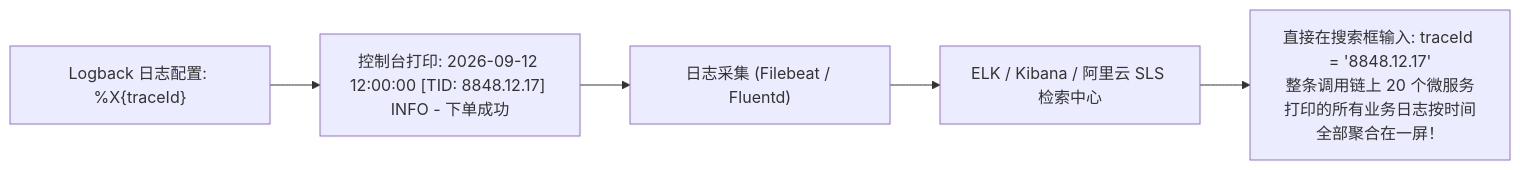
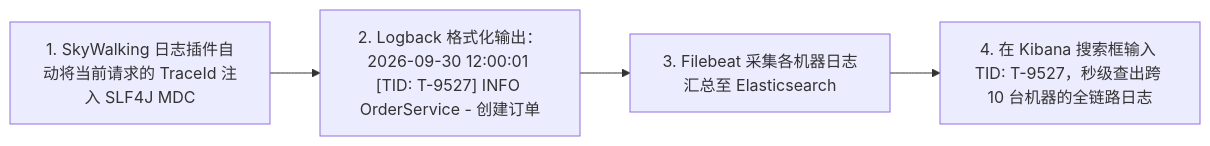
One commit to GuoWWWX/knowledge-base changed the fourth of 4 diagrams in 20-Java后端/07-分布式与微服务/08-链路追踪.md. Above: the diagram before and after it, drawn with Mermaid. The commit also changed other lines of this file and 251 other files, not shown here.

````diff
--- a/20-Java后端/07-分布式与微服务/08-链路追踪.md
+++ b/20-Java后端/07-分布式与微服务/08-链路追踪.md
@@ -130,7 +197,7 @@
 ```mermaid
 flowchart LR
-    L1["Logback 日志配置: %X{traceId}"] --> L2["控制台打印: 2026-09-12 12:00:00 [TID: 8848.12.17] INFO - 下单成功"]
-    L2 --> L3["日志采集 (Filebeat / Fluentd)"]
-    L3 --> L4["ELK / Kibana / 阿里云 SLS 检索中心"]
-    L4 --> Search["直接在搜索框输入: traceId = '8848.12.17'\n整条调用链上 20 个微服务打印的所有业务日志按时间全部聚合在一屏！"]
+    Step1["1. SkyWalking 日志插件自动将当前请求的 TraceId 注入 SLF4J MDC"] --> Step2
+    Step2["2. Logback 格式化输出：2026-09-30 12:00:01 [TID: T-9527] INFO OrderService - 创建订单"] --> Step3
+    Step3["3. Filebeat 采集各机器日志汇总至 Elasticsearch"] --> Step4
+    Step4["4. 在 Kibana 搜索框输入 TID: T-9527，秒级查出跨 10 台机器的全链路日志"]
 ```
````
